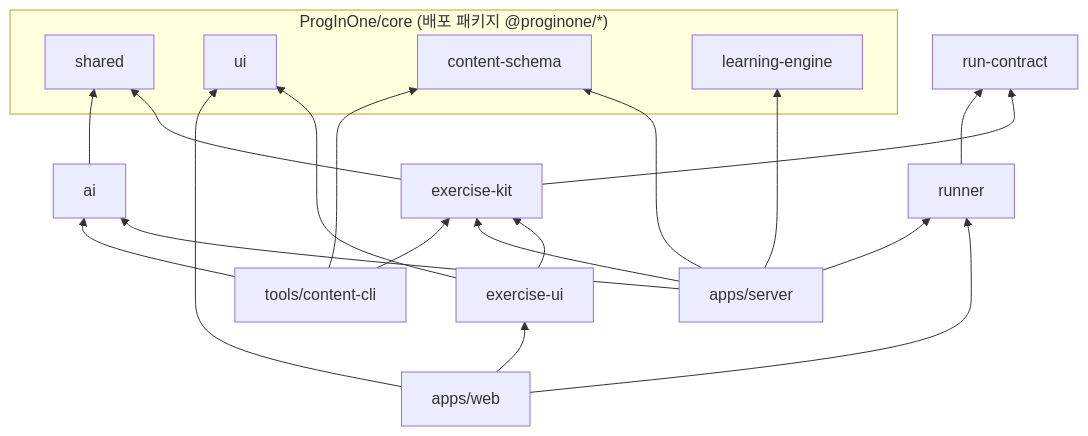
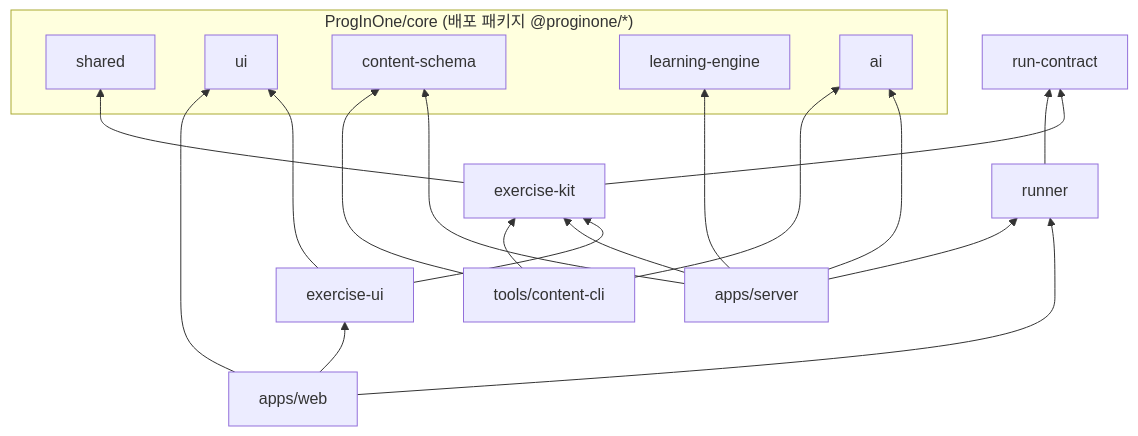
One commit to ProgInOne/javascript changed the second of 4 diagrams in docs/design/system-architecture.md. Above: the diagram before and after it, drawn with Mermaid. The commit also changed other lines of this file and 85 other files, not shown here.

````diff
--- a/docs/design/system-architecture.md
+++ b/docs/design/system-architecture.md
@@ -138,27 +138,27 @@
 ```mermaid
 flowchart BT
     subgraph core["ProgInOne/core (배포 패키지 @proginone/*)"]
         shared
         ui
         contentschema[content-schema]
         engine[learning-engine]
+        ai
     end
     runcontract[run-contract]
     exercisekit[exercise-kit] --> shared
     exercisekit --> runcontract
     exerciseui[exercise-ui] --> exercisekit
     exerciseui --> ui
     runner --> runcontract
-    ai --> shared
     web[apps/web] --> ui
     web --> exerciseui
     web --> runner
     server[apps/server] --> runner
     server --> engine
     server --> ai
     server --> exercisekit
     server --> contentschema
     cli[tools/content-cli] --> contentschema
     cli --> exercisekit
     cli --> ai
 ```
````
